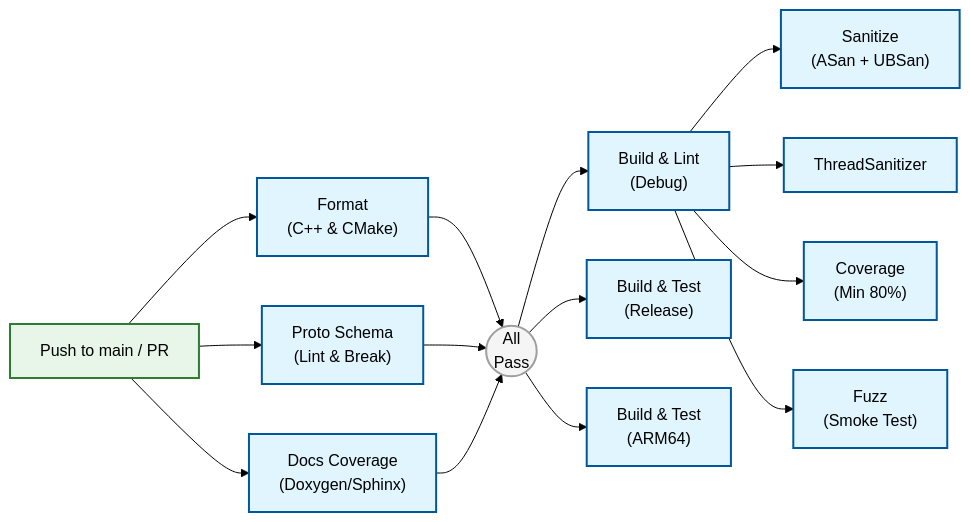
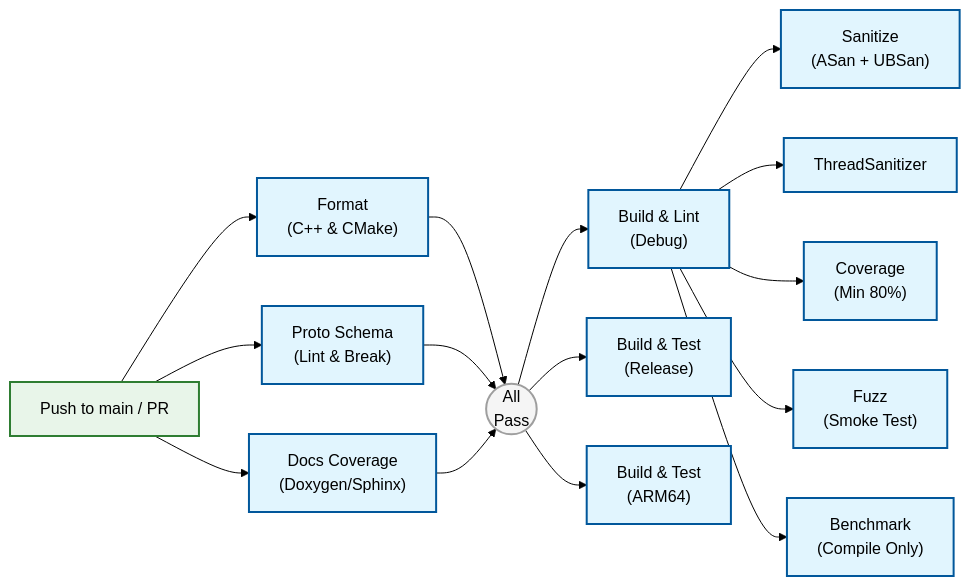
Before and after one commit to Unmanned-Constellation/orion: the second of 3 diagrams in docs/ci-cd.md, drawn with Mermaid (forest theme). The commit also changed other lines of this file and 12 other files, not shown here.

````diff
--- a/docs/ci-cd.md
+++ b/docs/ci-cd.md
@@ -95,25 +95,26 @@
 ```{mermaid}
 flowchart LR
     classDef trigger fill:#e8f5e9,stroke:#2e7d32,stroke-width:2px,color:#000
     classDef container fill:#e1f5fe,stroke:#01579b,stroke-width:2px,color:#000
     classDef gate fill:#f5f5f5,stroke:#9e9e9e,stroke-width:2px,color:#000
 
     Trigger["Push to main / PR"]:::trigger
 
     Trigger --> Fmt["Format<br/>(C++ & CMake)"]:::container
     Trigger --> Pro["Proto Schema<br/>(Lint & Break)"]:::container
     Trigger --> Doc["Docs Coverage<br/>(Doxygen/Sphinx)"]:::container
 
     Gate1(("All<br/>Pass")):::gate
 
     Fmt & Pro & Doc --> Gate1
 
     Gate1 --> BldDbg["Build & Lint<br/>(Debug)"]:::container
     Gate1 --> BldRel["Build & Test<br/>(Release)"]:::container
     Gate1 --> BldArm["Build & Test<br/>(ARM64)"]:::container
 
     BldDbg --> San["Sanitize<br/>(ASan + UBSan)"]:::container
     BldDbg --> TSan["ThreadSanitizer"]:::container
     BldDbg --> Cov["Coverage<br/>(Min 80%)"]:::container
     BldDbg --> Fuz["Fuzz<br/>(Smoke Test)"]:::container
+    BldDbg --> Bnch["Benchmark<br/>(Compile Only)"]:::container
 ```
````
